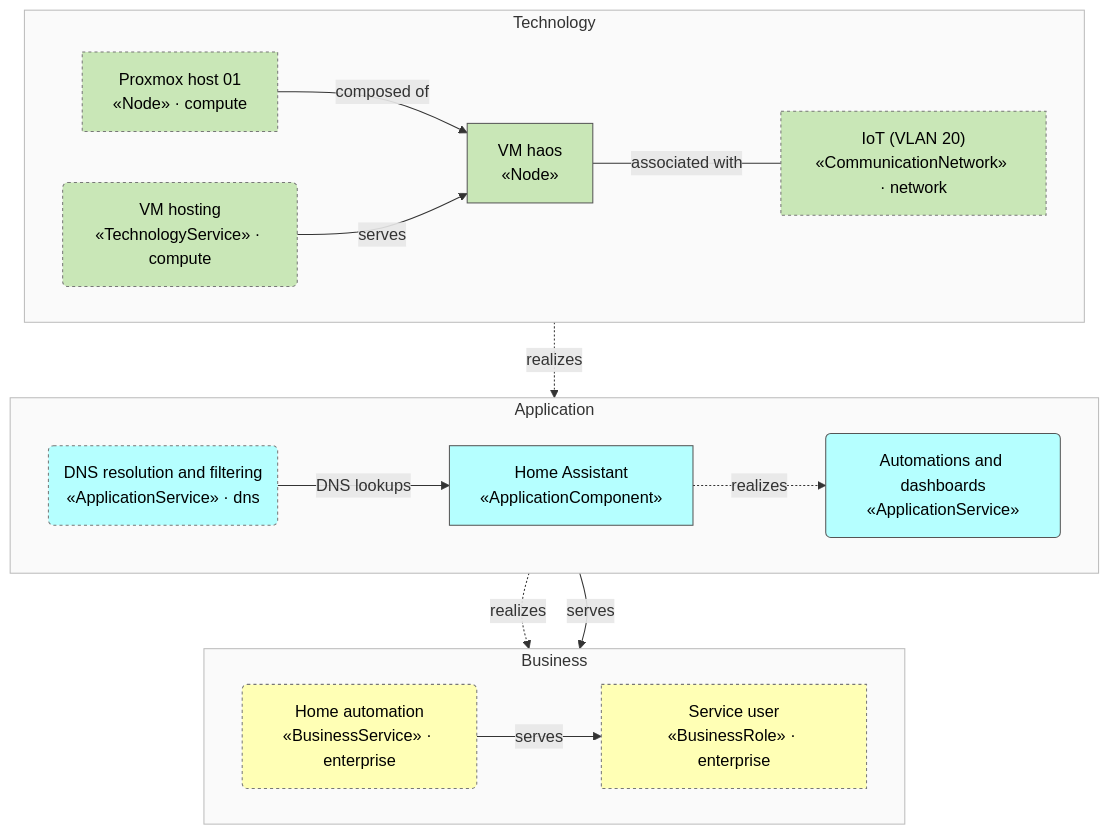
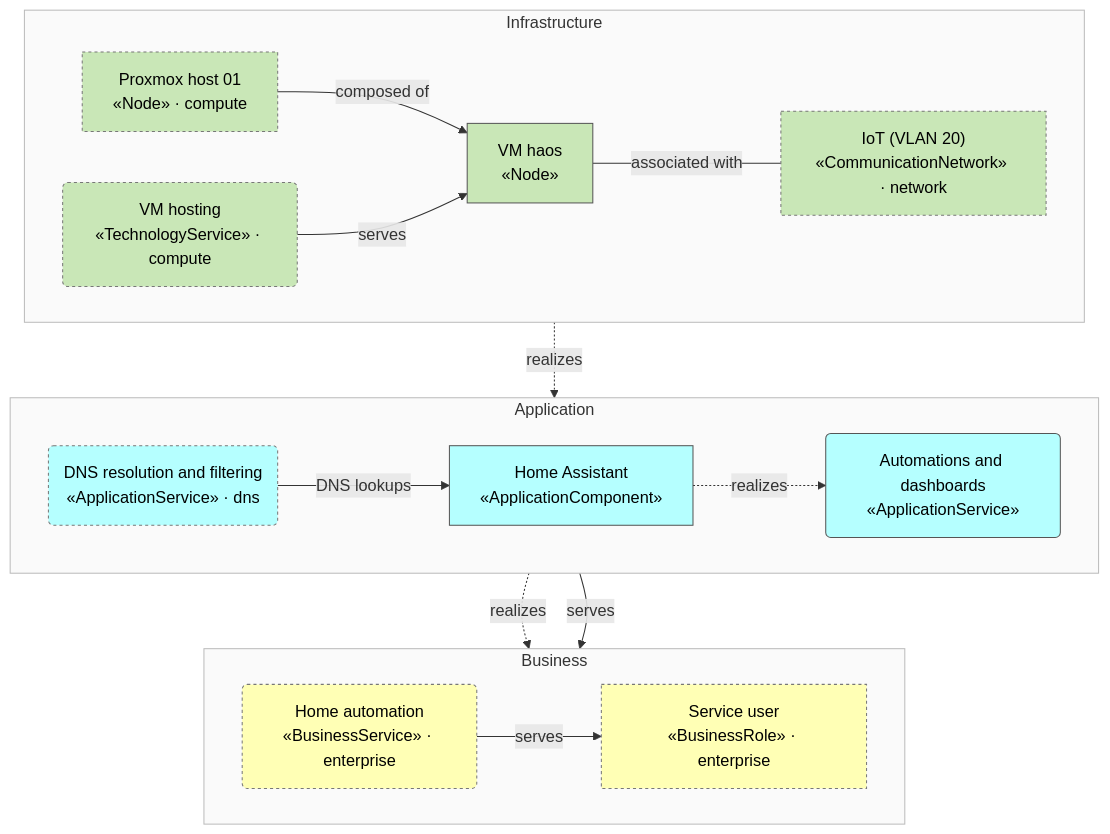
One commit to b-zig/a4m changed the diagram in docs/home-automation/view-overview.md. Above: the diagram before and after it, drawn with Mermaid. The commit also changed other lines of this file and 83 other files, not shown here.

````diff
--- a/docs/home-automation/view-overview.md
+++ b/docs/home-automation/view-overview.md
@@ -6,41 +6,41 @@
 ```mermaid
 flowchart TB
   subgraph layer_business["Business"]
     direction LR
     enterprise__bus_role_user["Service user<br/>«BusinessRole» · enterprise"]
     enterprise__bus_svc_automation("Home automation<br/>«BusinessService» · enterprise")
   end
   subgraph layer_application["Application"]
     direction LR
     app_home_assistant["Home Assistant<br/>«ApplicationComponent»"]
     app_svc_automation("Automations and dashboards<br/>«ApplicationService»")
     dns__app_svc_dns("DNS resolution and filtering<br/>«ApplicationService» · dns")
   end
-  subgraph layer_technology["Technology"]
+  subgraph layer_infrastructure["Infrastructure"]
     direction LR
-    tech_vm_haos["VM haos<br/>«Node»"]
-    compute__tech_pve_01["Proxmox host 01<br/>«Node» · compute"]
-    compute__tech_svc_vm_hosting("VM hosting<br/>«TechnologyService» · compute")
-    network__tech_net_iot["IoT (VLAN 20)<br/>«CommunicationNetwork» · network"]
+    infra_vm_haos["VM haos<br/>«Node»"]
+    compute__infra_pve_01["Proxmox host 01<br/>«Node» · compute"]
+    compute__infra_svc_vm_hosting("VM hosting<br/>«TechnologyService» · compute")
+    network__infra_net_iot["IoT (VLAN 20)<br/>«CommunicationNetwork» · network"]
   end
   app_home_assistant -.->|"realizes"| app_svc_automation
   app_svc_automation -.->|"realizes"| enterprise__bus_svc_automation
   app_svc_automation -->|"serves"| enterprise__bus_role_user
   dns__app_svc_dns -->|"DNS lookups"| app_home_assistant
-  tech_vm_haos -.->|"realizes"| app_home_assistant
-  compute__tech_pve_01 -->|"composed of"| tech_vm_haos
-  compute__tech_svc_vm_hosting -->|"serves"| tech_vm_haos
-  tech_vm_haos ---|"associated with"| network__tech_net_iot
+  infra_vm_haos -.->|"realizes"| app_home_assistant
+  compute__infra_pve_01 -->|"composed of"| infra_vm_haos
+  compute__infra_svc_vm_hosting -->|"serves"| infra_vm_haos
+  infra_vm_haos ---|"associated with"| network__infra_net_iot
   enterprise__bus_svc_automation -->|"serves"| enterprise__bus_role_user
   classDef business fill:#FFFFB5,stroke:#555,color:#000
   class enterprise__bus_role_user,enterprise__bus_svc_automation business
   style layer_business fill:#fafafa,stroke:#bbb
   classDef application fill:#B5FFFF,stroke:#555,color:#000
   class app_home_assistant,app_svc_automation,dns__app_svc_dns application
   style layer_application fill:#fafafa,stroke:#bbb
-  classDef technology fill:#C9E7B7,stroke:#555,color:#000
-  class tech_vm_haos,compute__tech_pve_01,compute__tech_svc_vm_hosting,network__tech_net_iot technology
-  style layer_technology fill:#fafafa,stroke:#bbb
+  classDef infrastructure fill:#C9E7B7,stroke:#555,color:#000
+  class infra_vm_haos,compute__infra_pve_01,compute__infra_svc_vm_hosting,network__infra_net_iot infrastructure
+  style layer_infrastructure fill:#fafafa,stroke:#bbb
   classDef foreign stroke:#777,stroke-dasharray:3 3
-  class compute__tech_pve_01,compute__tech_svc_vm_hosting,dns__app_svc_dns,enterprise__bus_role_user,enterprise__bus_svc_automation,network__tech_net_iot foreign
+  class compute__infra_pve_01,compute__infra_svc_vm_hosting,dns__app_svc_dns,enterprise__bus_role_user,enterprise__bus_svc_automation,network__infra_net_iot foreign
 ```
````
